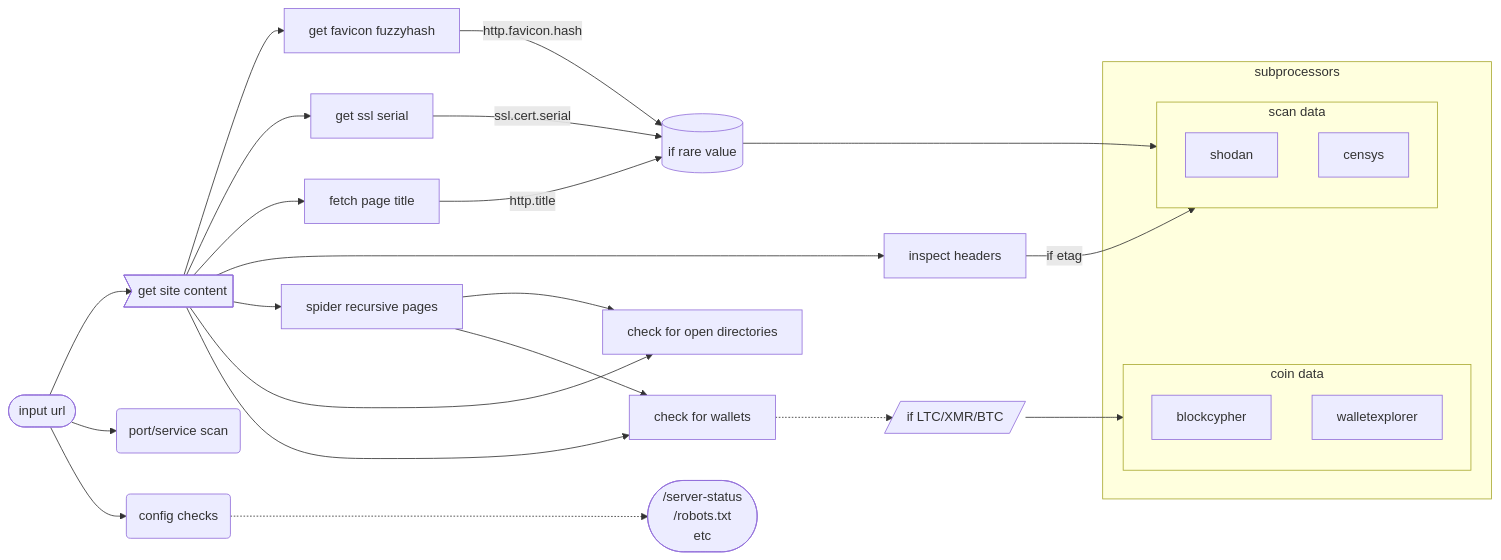
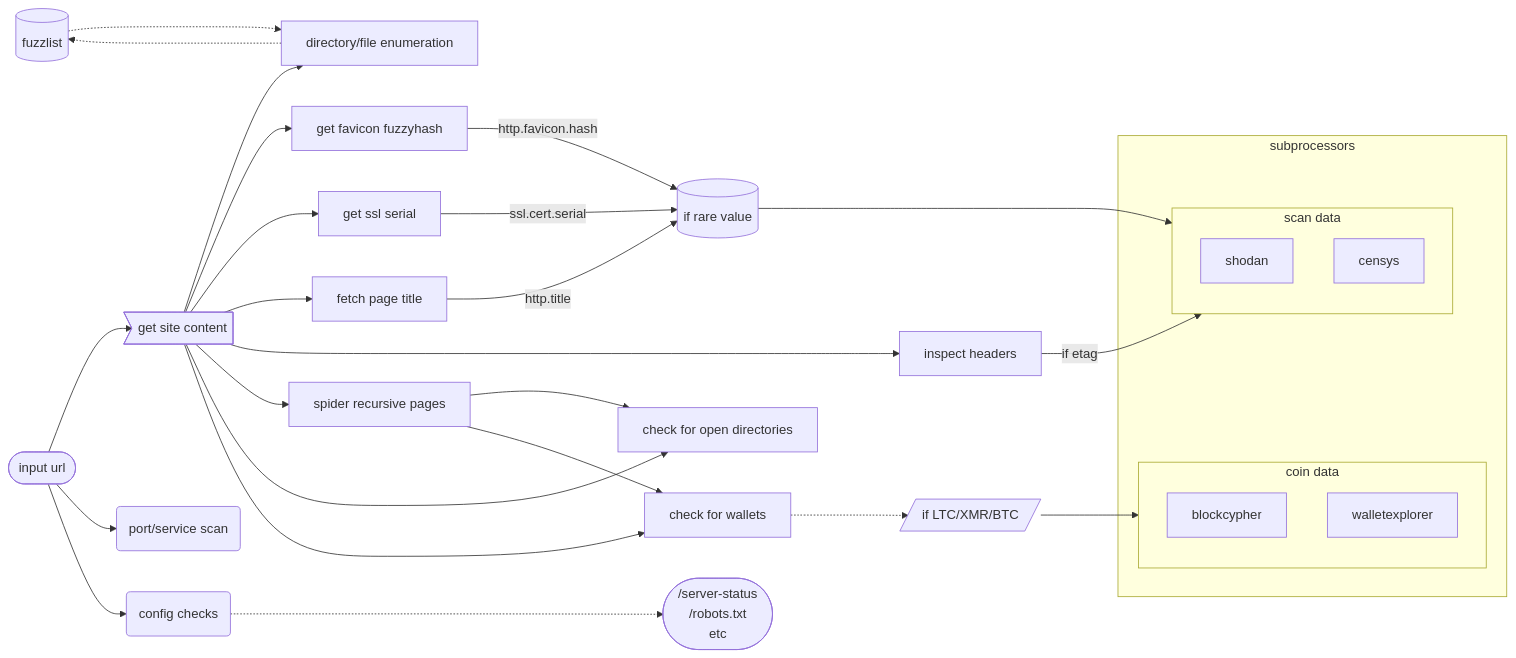
The diagram in README.md (joshhighet/bebop), drawn with Mermaid before and after one commit. The commit also changed other lines of this file, not shown here.

````diff
--- a/README.md
+++ b/README.md
@@ -11,37 +9,41 @@
 ```mermaid
 graph LR
     subgraph subprocessors
         subgraph cryptocurrency[coin data]
         blockcypher
         walletexplorer
         end
         subgraph netscans[scan data]
         shodan
         censys
         end
     end
     lookupsaver[(if rare value)]
+    fuzzlist[(fuzzlist)]
     opndir[check for open directories]
     cryptoc[check for wallets]
     checks([/server-status\n/robots.txt\netc])
     anchor([input url]) -->mainget>get site content]
+    mainget --> fuzz[directory/file enumeration]
+    fuzz -..-> fuzzlist
+    fuzzlist -..-> fuzz
     anchor --> scan(port/service scan)
     anchor --> checker(config checks)
     checker -..-> checks
     mainget --> favicon[get favicon fuzzyhash]
     mainget --> sslserial[get ssl serial]
     sslserial --> |ssl.cert.serial| lookupsaver
     favicon --> |http.favicon.hash| lookupsaver
     mainget --> title[fetch page title]
     title --> |http.title| lookupsaver
     mainget --> headers[inspect headers]
     headers --> |if etag|netscans
     lookupsaver --> netscans
     mainget --> spider[spider recursive pages]
     mainget --> opndir
     spider --> opndir
     mainget --> cryptoc
     spider --> cryptoc
     cryptoc -..-> ifsupportedcoin[/if LTC/XMR/BTC/]
     ifsupportedcoin --> cryptocurrency
 ```
````
